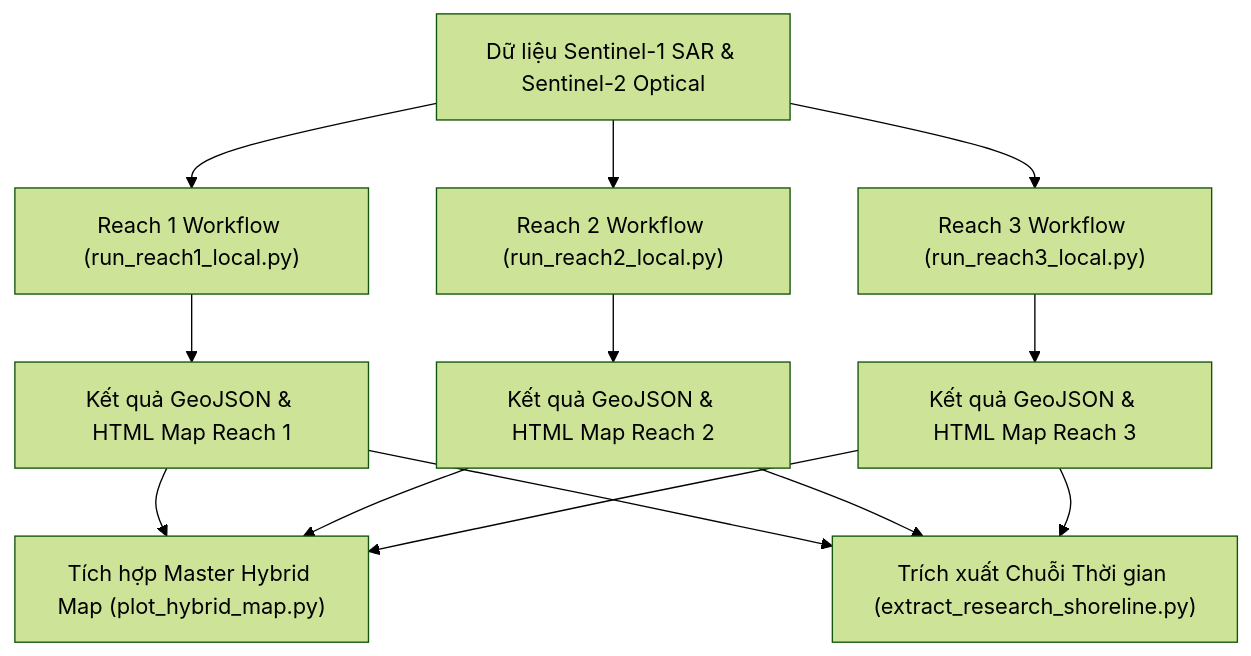
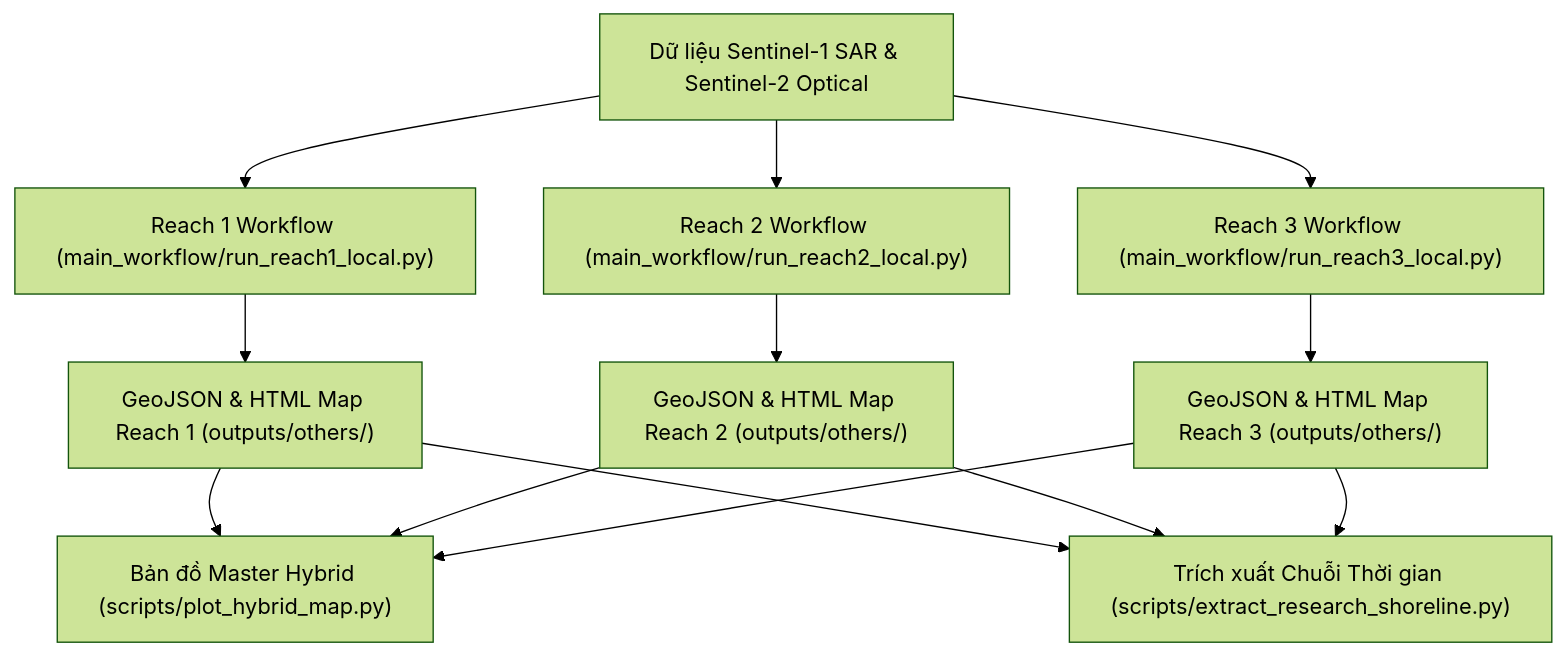
One commit to TungDucVu/SongHong-SAR-Monitoring changed the diagram in WALKTHROUGH.md. Above: the diagram before and after it, drawn with Mermaid (forest theme). The commit also changed other lines of this file, not shown here.

````diff
--- a/WALKTHROUGH.md
+++ b/WALKTHROUGH.md
@@ -30,11 +64,11 @@
 ```mermaid
 graph TD
-    A["Dữ liệu Sentinel-1 SAR & Sentinel-2 Optical"] --> B["Reach 1 Workflow (run_reach1_local.py)"]
-    A --> C["Reach 2 Workflow (run_reach2_local.py)"]
-    A --> D["Reach 3 Workflow (run_reach3_local.py)"]
-    B --> E["Kết quả GeoJSON & HTML Map Reach 1"]
-    C --> F["Kết quả GeoJSON & HTML Map Reach 2"]
-    D --> G["Kết quả GeoJSON & HTML Map Reach 3"]
-    E & F & G --> H["Tích hợp Master Hybrid Map (plot_hybrid_map.py)"]
-    E & F & G --> I["Trích xuất Chuỗi Thời gian (extract_research_shoreline.py)"]
+    A["Dữ liệu Sentinel-1 SAR & Sentinel-2 Optical"] --> B["Reach 1 Workflow (main_workflow/run_reach1_local.py)"]
+    A --> C["Reach 2 Workflow (main_workflow/run_reach2_local.py)"]
+    A --> D["Reach 3 Workflow (main_workflow/run_reach3_local.py)"]
+    B --> E["GeoJSON & HTML Map Reach 1 (outputs/others/)"]
+    C --> F["GeoJSON & HTML Map Reach 2 (outputs/others/)"]
+    D --> G["GeoJSON & HTML Map Reach 3 (outputs/others/)"]
+    E & F & G --> H["Bản đồ Master Hybrid (scripts/plot_hybrid_map.py)"]
+    E & F & G --> I["Trích xuất Chuỗi Thời gian (scripts/extract_research_shoreline.py)"]
 ```
````
